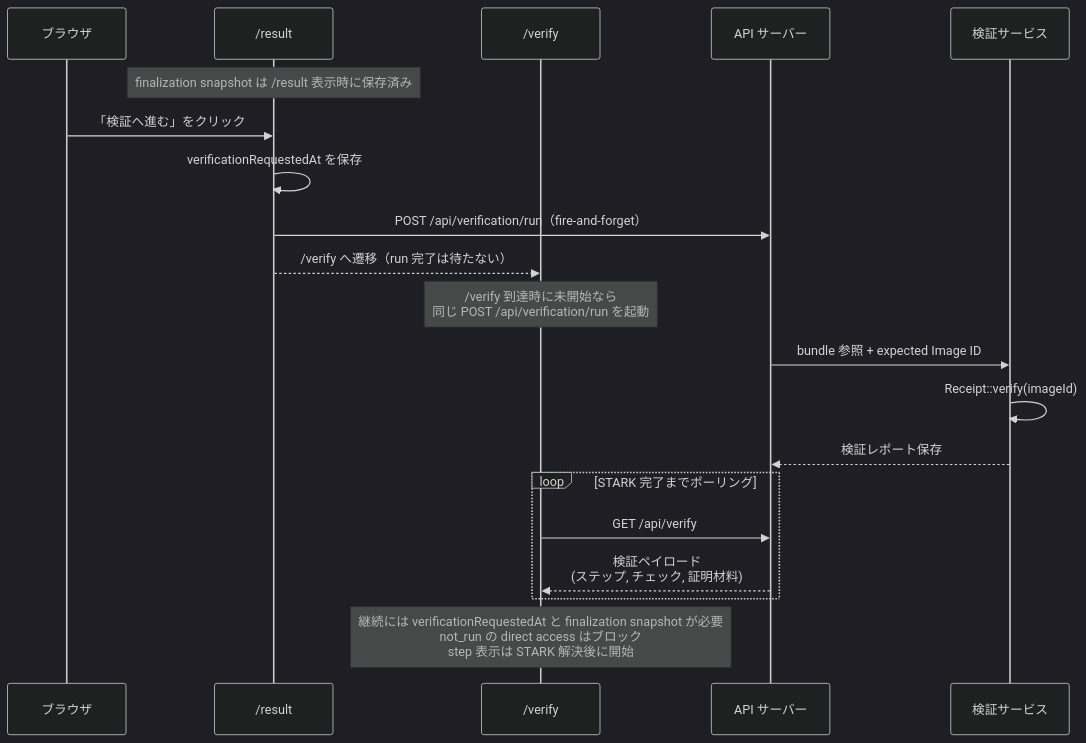
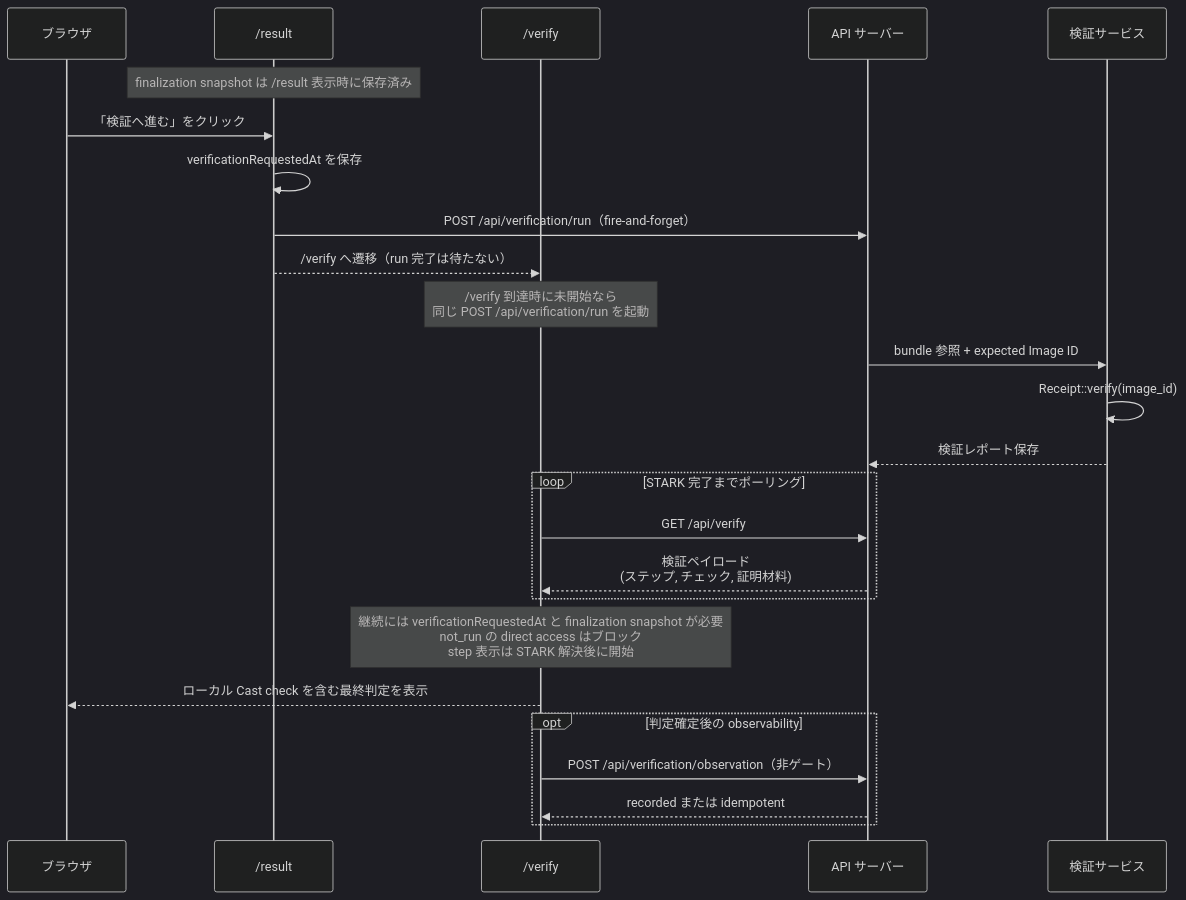
The second of 2 diagrams in public-book/src/verification/design-and-flow.md (hwatanabe-jp/stark-ballot-simulator-public), drawn with Mermaid (dark theme) before and after one commit. The commit also changed other lines of this file and 389 other files, not shown here.

````diff
--- a/public-book/src/verification/design-and-flow.md
+++ b/public-book/src/verification/design-and-flow.md
@@ -81,27 +75,33 @@
 ```mermaid
 sequenceDiagram
   participant U as ブラウザ
   participant R as /result
   participant V as /verify
   participant A as API サーバー
   participant VS as 検証サービス
 
   Note over R: finalization snapshot は /result 表示時に保存済み
   U->>R: 「検証へ進む」をクリック
   R->>R: verificationRequestedAt を保存
   R->>A: POST /api/verification/run（fire-and-forget）
   R-->>V: /verify へ遷移（run 完了は待たない）
 
   Note over V: /verify 到達時に未開始なら<br/>同じ POST /api/verification/run を起動
 
   A->>VS: bundle 参照 + expected Image ID
-  VS->>VS: Receipt::verify(imageId)
+  VS->>VS: Receipt::verify(image_id)
   VS-->>A: 検証レポート保存
 
   loop STARK 完了までポーリング
     V->>A: GET /api/verify
     A-->>V: 検証ペイロード<br/>(ステップ, チェック, 証明材料)
   end
 
   Note over V: 継続には verificationRequestedAt と finalization snapshot が必要<br/>not_run の direct access はブロック<br/>step 表示は STARK 解決後に開始
+  V-->>U: ローカル Cast check を含む最終判定を表示
+
+  opt 判定確定後の observability
+    V->>A: POST /api/verification/observation（非ゲート）
+    A-->>V: recorded または idempotent
+  end
 ```
````
